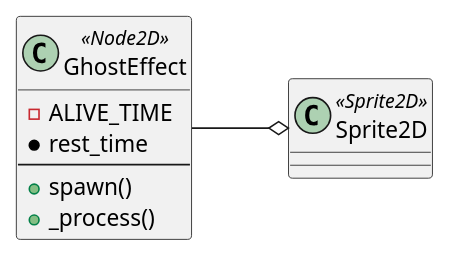
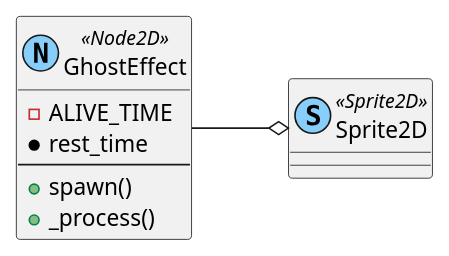
The diagram in content/scenes/src/player/ghost_effect/ghost_effect.tscn.adoc (tkmfujise/Platformer-Game-Learning), drawn with PlantUML before and after one commit. The commit also changed 69 other files, not shown here.

Commit message:
Change scene diagram class color

```diff
--- a/content/scenes/src/player/ghost_effect/ghost_effect.tscn.adoc
+++ b/content/scenes/src/player/ghost_effect/ghost_effect.tscn.adoc
@@ -9,15 +9,15 @@
 [plantuml]
 ....
-class ROOT as "GhostEffect" <<Node2D>> {
+class ROOT as "GhostEffect" <<(N,lightskyblue) Node2D>> {
   - ALIVE_TIME
   * rest_time
 ---
   + spawn()
   + _process()
 }
-class Sprite2D as "Sprite2D" <<Sprite2D>> {
+class Sprite2D as "Sprite2D" <<(S,lightskyblue) Sprite2D>> {
 }
 ROOT --o Sprite2D
 left to right direction
 
 ....
```
